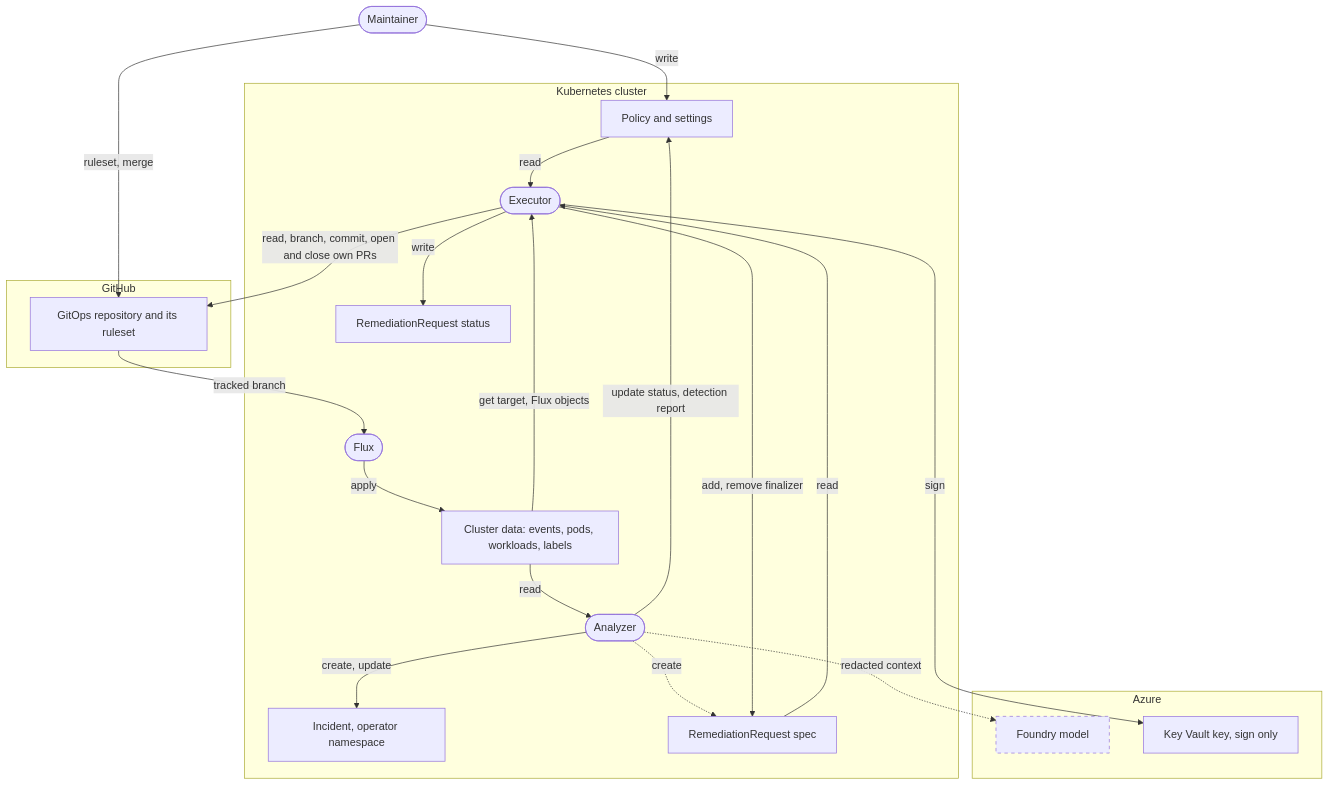
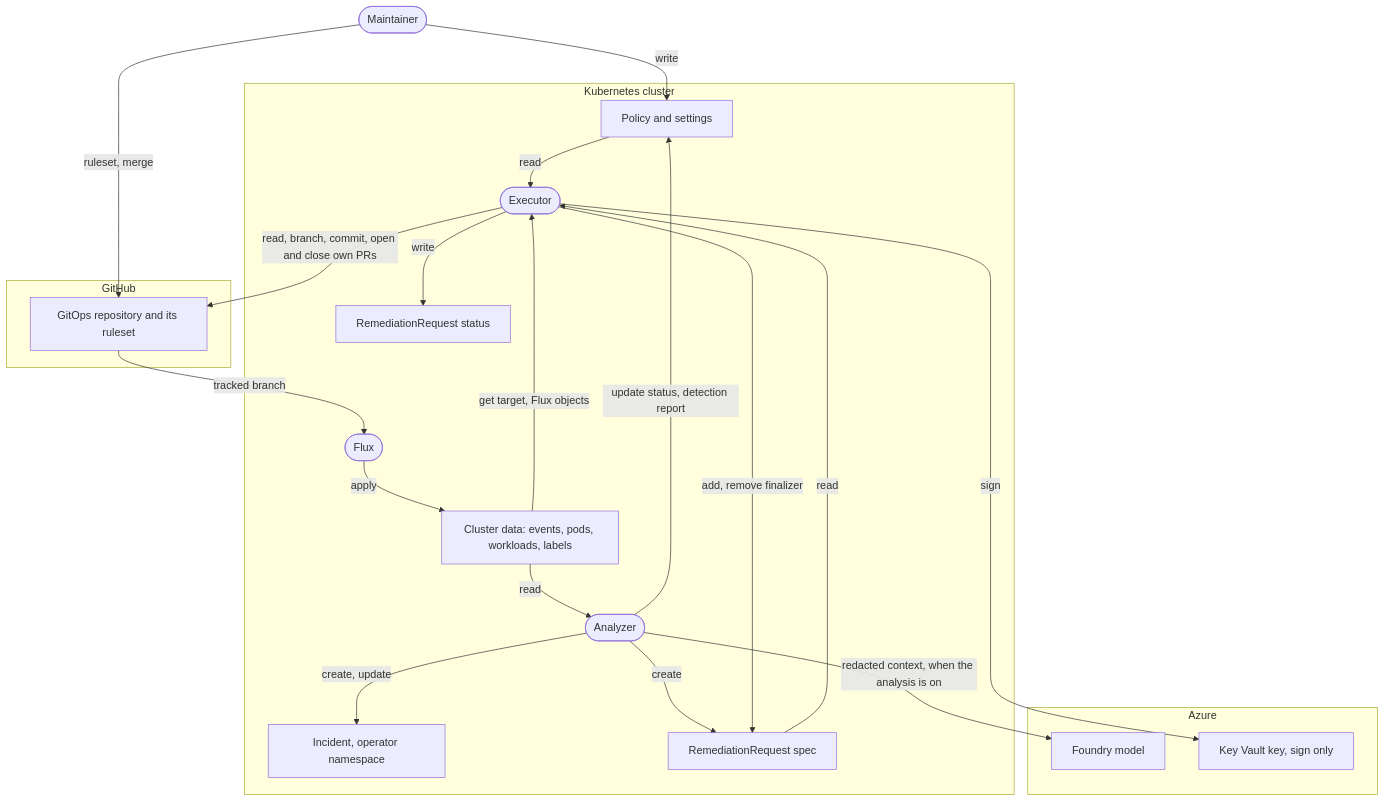
One commit to pkalin/shadewright changed the diagram in docs/threat-model.md. Above: the diagram before and after it, drawn with Mermaid. The commit also changed other lines of this file and 54 other files, not shown here.

````diff
--- a/docs/threat-model.md
+++ b/docs/threat-model.md
@@ -28,39 +28,37 @@
 ```mermaid
 flowchart TB
     admin([Maintainer])
     subgraph cluster [Kubernetes cluster]
         data["Cluster data: events, pods, workloads, labels"]
         an([Analyzer])
         inc["Incident, operator namespace"]
         rr["RemediationRequest spec"]
         pol["Policy and settings"]
         ex([Executor])
         st["RemediationRequest status"]
         flux([Flux])
     end
     subgraph azure [Azure]
         fm[Foundry model]
         kv["Key Vault key, sign only"]
     end
     subgraph github [GitHub]
         repo["GitOps repository and its ruleset"]
     end
     data -- read --> an
     an -- create, update --> inc
     an -- update status, detection report --> pol
-    an -. redacted context .-> fm
-    an -. create .-> rr
+    an -- redacted context, when the analysis is on --> fm
+    an -- create --> rr
     rr -- read --> ex
     pol -- read --> ex
     data -- get target, Flux objects --> ex
     ex -- write --> st
     ex -- sign --> kv
     ex -- read, branch, commit, open and close own PRs --> repo
     ex -- add, remove finalizer --> rr
     repo -- tracked branch --> flux
     flux -- apply --> data
     admin -- write --> pol
     admin -- ruleset, merge --> repo
-    classDef planned stroke-dasharray: 5 5
-    class fm planned
 ```
````
